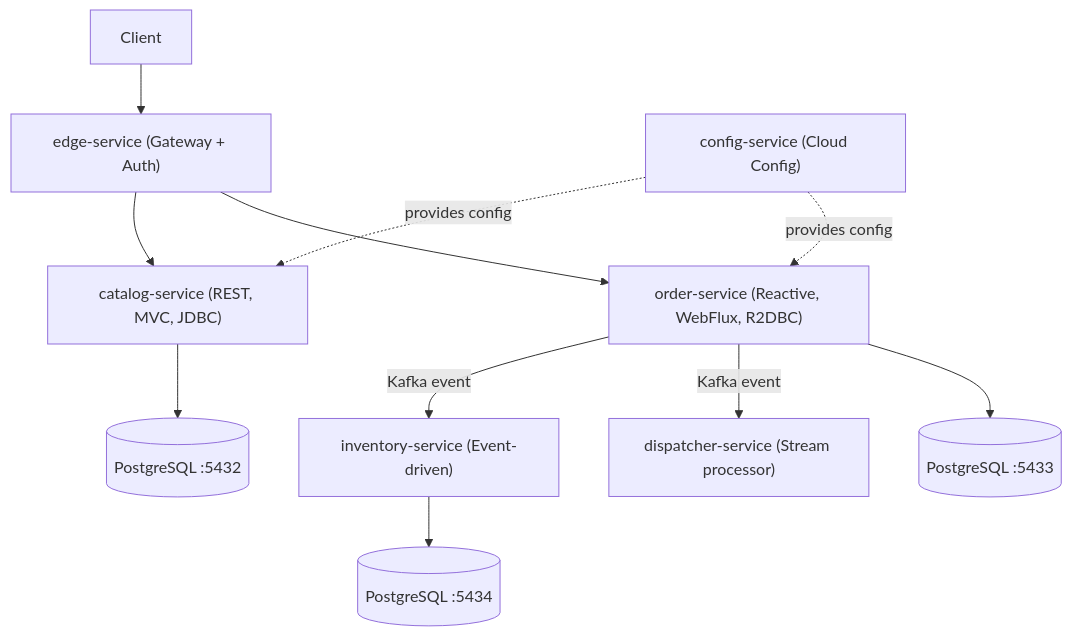
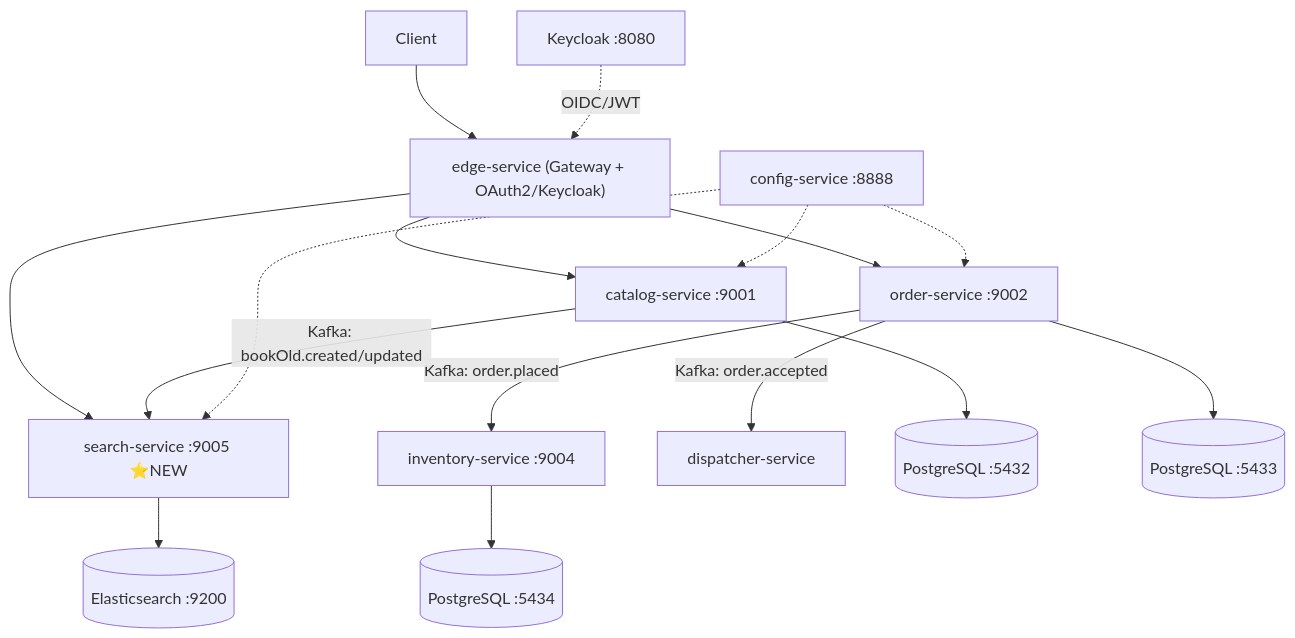
Before and after one commit to pxloc97/spring-native-bookstore: the diagram in tasks/senior-roadmap.md, drawn with Mermaid. The commit also changed other lines of this file and 39 other files, not shown here.

Commit message:
change catalog service to haxagon architecture

````diff
--- a/tasks/senior-roadmap.md
+++ b/tasks/senior-roadmap.md
@@ -11,13 +9,16 @@
 ```mermaid
 graph TD
-    Client --> EdgeService["edge-service (Gateway + Auth)"]
-    EdgeService --> CatalogService["catalog-service (REST, MVC, JDBC)"]
-    EdgeService --> OrderService["order-service (Reactive, WebFlux, R2DBC)"]
-    OrderService -->|Kafka event| InventoryService["inventory-service (Event-driven)"]
-    OrderService -->|Kafka event| DispatcherService["dispatcher-service (Stream processor)"]
+    Client --> EdgeService["edge-service (Gateway + OAuth2/Keycloak)"]
+    EdgeService --> CatalogService["catalog-service :9001"]
+    EdgeService --> OrderService["order-service :9002"]
+    EdgeService --> SearchService["search-service :9005 ⭐NEW"]
+    OrderService -->|Kafka: order.placed| InventoryService["inventory-service :9004"]
+    OrderService -->|Kafka: order.accepted| DispatcherService["dispatcher-service"]
+    CatalogService -->|Kafka: bookOld.created/updated| SearchService
     CatalogService --> PolarDB_Catalog[(PostgreSQL :5432)]
     OrderService --> PolarDB_Order[(PostgreSQL :5433)]
     InventoryService --> PolarDB_Inventory[(PostgreSQL :5434)]
-    ConfigService["config-service (Cloud Config)"] -.->|provides config| CatalogService
-    ConfigService -.->|provides config| OrderService
+    SearchService --> ES[(Elasticsearch :9200)]
+    ConfigService["config-service :8888"] -.-> CatalogService & OrderService & SearchService
+    Keycloak["Keycloak :8080"] -.->|OIDC/JWT| EdgeService
 ```
````
